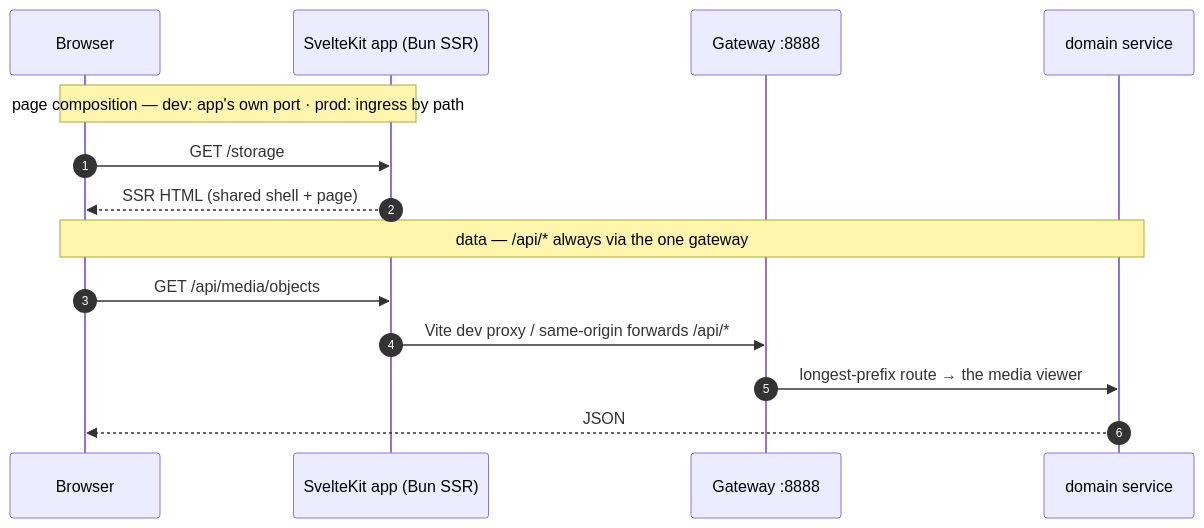
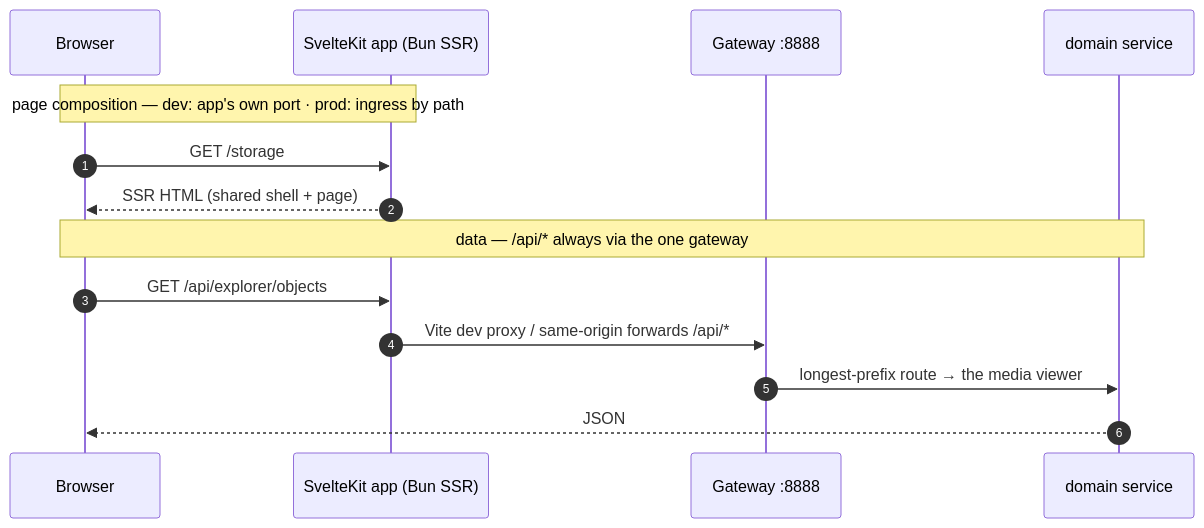
One commit to AI-Riksarkivet/rask changed the fourth of 4 diagrams in docs/architecture/frontend-microfrontends.md. Above: the diagram before and after it, drawn with Mermaid. The commit also changed other lines of this file and 136 other files, not shown here.

First line of the commit message:
refactor(explorer): rename the media PLANE — gateway namespace, chart values, env

````diff
--- a/docs/architecture/frontend-microfrontends.md
+++ b/docs/architecture/frontend-microfrontends.md
@@ -138,16 +138,16 @@
 ```mermaid
 sequenceDiagram
   autonumber
   participant B as Browser
   participant APP as SvelteKit app (Bun SSR)
   participant GW as Gateway :8888
   participant SVC as domain service
   Note over B,APP: page composition — dev: app's own port · prod: ingress by path
   B->>APP: GET /storage
   APP-->>B: SSR HTML (shared shell + page)
   Note over B,SVC: data — /api/* always via the one gateway
-  B->>APP: GET /api/media/objects
+  B->>APP: GET /api/explorer/objects
   APP->>GW: Vite dev proxy / same-origin forwards /api/*
   GW->>SVC: longest-prefix route → the media viewer
   SVC-->>B: JSON
 ```
````
